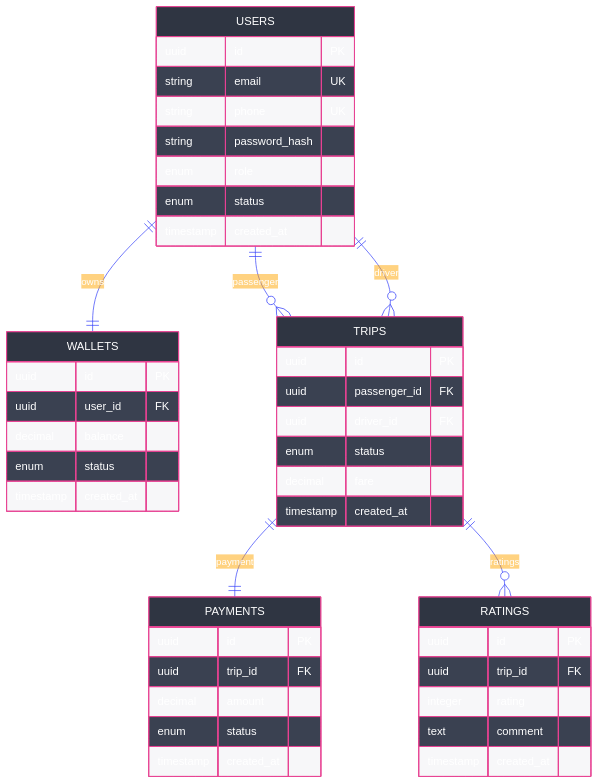
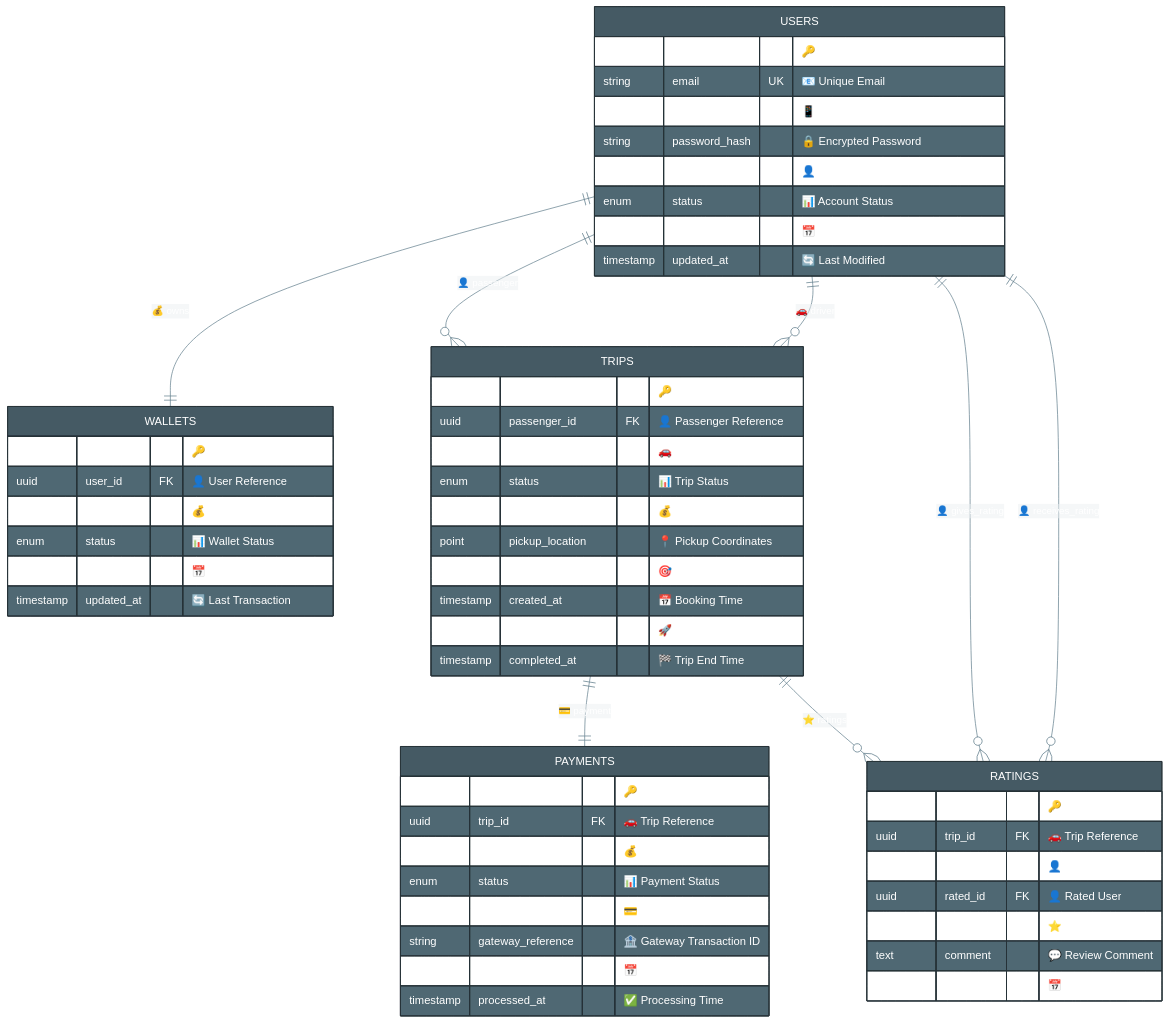
The fourth of 7 diagrams in docs/ARCHITECTURE_UPDATED.md (abdoElHodaky/transportapp), drawn with Mermaid before and after one commit. The commit also changed other lines of this file and 1 other file, not shown here.

````diff
--- a/docs/ARCHITECTURE_UPDATED.md
+++ b/docs/ARCHITECTURE_UPDATED.md
@@ -310,67 +310,80 @@
 ```mermaid
 %%{init: {
   'theme': 'base',
   'themeVariables': {
-    'primaryColor': '#fd79a8',
+    'primaryColor': '#455A64',
     'primaryTextColor': '#ffffff',
-    'primaryBorderColor': '#e84393',
-    'lineColor': '#3742fa',
-    'secondaryColor': '#00d2d3',
-    'tertiaryColor': '#ffa502',
-    'background': '#1e1e1e',
-    'mainBkg': '#2f3542',
-    'secondBkg': '#57606f',
-    'tertiaryBkg': '#747d8c'
+    'primaryBorderColor': '#263238',
+    'lineColor': '#607D8B',
+    'secondaryColor': '#90A4AE',
+    'tertiaryColor': '#ECEFF1',
+    'background': '#ffffff',
+    'mainBkg': '#455A64',
+    'secondBkg': '#90A4AE',
+    'tertiaryBkg': '#ECEFF1'
   }
 }}%%
 
 erDiagram
     USERS {
-        uuid id PK
-        string email UK
-        string phone UK
-        string password_hash
-        enum role
-        enum status
-        timestamp created_at
+        uuid id PK "🔑 Primary Key"
+        string email UK "📧 Unique Email"
+        string phone UK "📱 Unique Phone"
+        string password_hash "🔒 Encrypted Password"
+        enum role "👤 User Role (passenger/driver/admin)"
+        enum status "📊 Account Status"
+        timestamp created_at "📅 Registration Date"
+        timestamp updated_at "🔄 Last Modified"
     }
     
     WALLETS {
-        uuid id PK
-        uuid user_id FK
-        decimal balance
-        enum status
-        timestamp created_at
+        uuid id PK "🔑 Primary Key"
+        uuid user_id FK "👤 User Reference"
+        decimal balance "💰 Current Balance (SDG)"
+        enum status "📊 Wallet Status"
+        timestamp created_at "📅 Creation Date"
+        timestamp updated_at "🔄 Last Transaction"
     }
     
     TRIPS {
-        uuid id PK
-        uuid passenger_id FK
-        uuid driver_id FK
-        enum status
-        decimal fare
-        timestamp created_at
+        uuid id PK "🔑 Primary Key"
+        uuid passenger_id FK "👤 Passenger Reference"
+        uuid driver_id FK "🚗 Driver Reference"
+        enum status "📊 Trip Status"
+        decimal fare "💰 Trip Cost (SDG)"
+        point pickup_location "📍 Pickup Coordinates"
+        point destination_location "🎯 Destination Coordinates"
+        timestamp created_at "📅 Booking Time"
+        timestamp started_at "🚀 Trip Start Time"
+        timestamp completed_at "🏁 Trip End Time"
     }
     
     PAYMENTS {
-        uuid id PK
-        uuid trip_id FK
-        decimal amount
-        enum status
-        timestamp created_at
+        uuid id PK "🔑 Primary Key"
+        uuid trip_id FK "🚗 Trip Reference"
+        decimal amount "💰 Payment Amount"
+        enum status "📊 Payment Status"
+        enum method "💳 Payment Method"
+        string gateway_reference "🏦 Gateway Transaction ID"
+        timestamp created_at "📅 Payment Time"
+        timestamp processed_at "✅ Processing Time"
     }
     
     RATINGS {
-        uuid id PK
-        uuid trip_id FK
-        integer rating
-        text comment
-        timestamp created_at
+        uuid id PK "🔑 Primary Key"
+        uuid trip_id FK "🚗 Trip Reference"
+        uuid rater_id FK "👤 Rating User"
+        uuid rated_id FK "👤 Rated User"
+        integer rating "⭐ Rating (1-5)"
+        text comment "💬 Review Comment"
+        timestamp created_at "📅 Rating Date"
     }
 
-    USERS ||--|| WALLETS : "owns"
-    USERS ||--o{ TRIPS : "passenger"
-    USERS ||--o{ TRIPS : "driver"
-    TRIPS ||--|| PAYMENTS : "payment"
-    TRIPS ||--o{ RATINGS : "ratings"
+    USERS ||--|| WALLETS : "💰 owns"
+    USERS ||--o{ TRIPS : "👤 passenger"
+    USERS ||--o{ TRIPS : "🚗 driver"
+    TRIPS ||--|| PAYMENTS : "💳 payment"
+    TRIPS ||--o{ RATINGS : "⭐ ratings"
+    USERS ||--o{ RATINGS : "👤 gives_rating"
+    USERS ||--o{ RATINGS : "👤 receives_rating"
 ```
````
